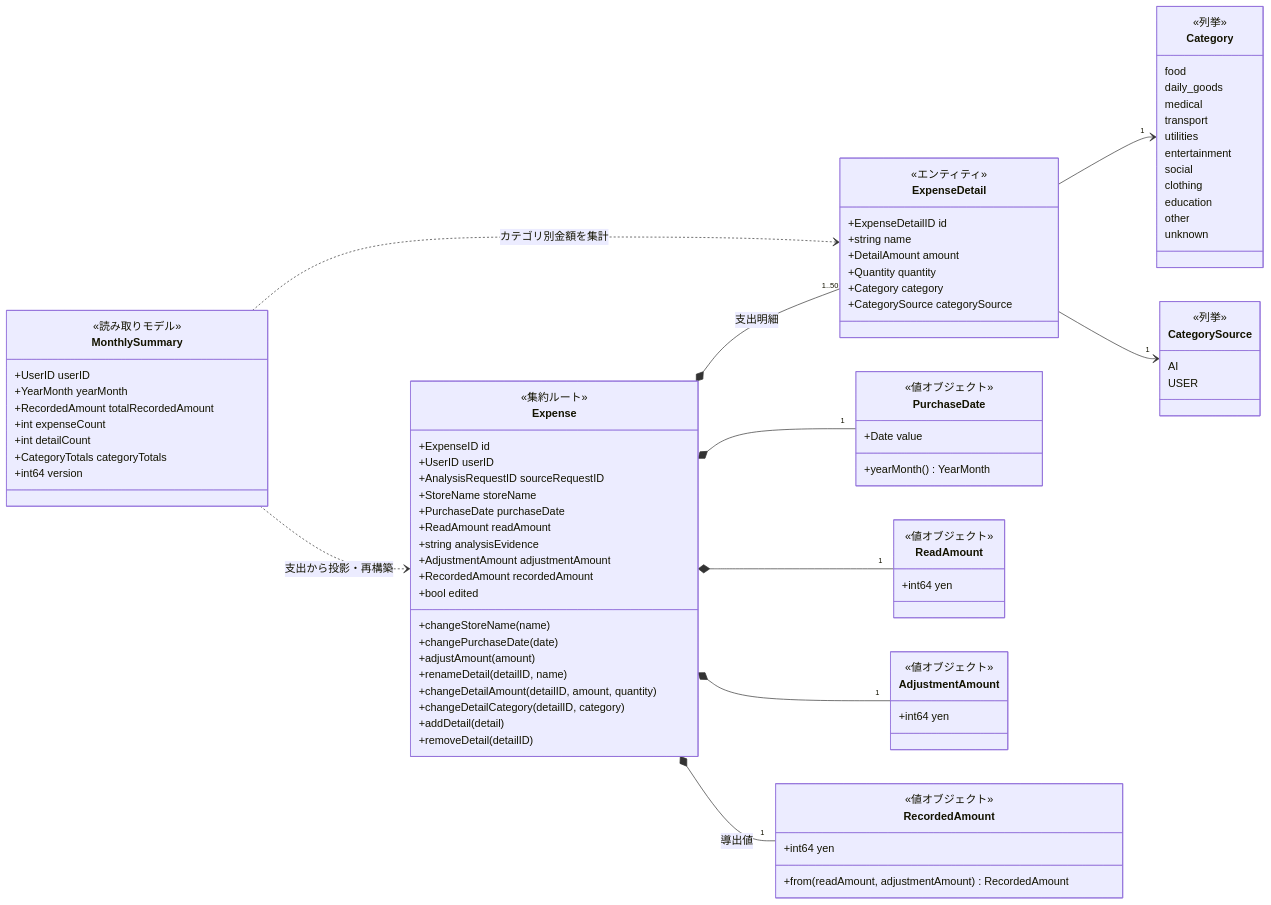
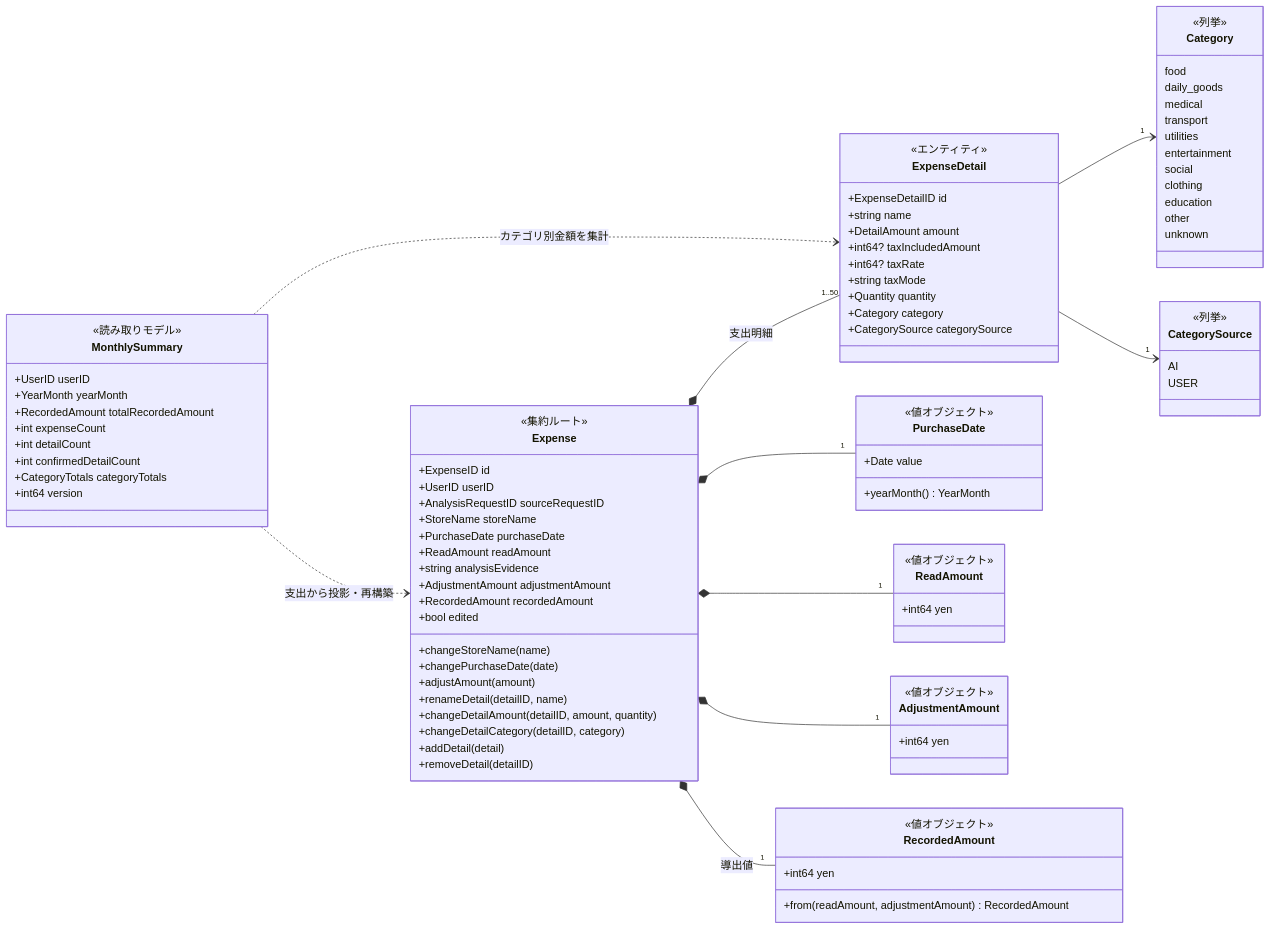
Before and after one commit to shrimptails-f/snap_kakeibo: the third of 4 diagrams in docs/ddd/domain-model-diagram.md, drawn with Mermaid. The commit also changed 36 other files, not shown here.

```diff
--- a/docs/ddd/domain-model-diagram.md
+++ b/docs/ddd/domain-model-diagram.md
@@ -150,6 +150,9 @@
         +ExpenseDetailID id
         +string name
         +DetailAmount amount
+        +int64? taxIncludedAmount
+        +int64? taxRate
+        +string taxMode
         +Quantity quantity
         +Category category
         +CategorySource categorySource
@@ -205,6 +208,7 @@
         +RecordedAmount totalRecordedAmount
         +int expenseCount
         +int detailCount
+        +int confirmedDetailCount
         +CategoryTotals categoryTotals
         +int64 version
     }
```
